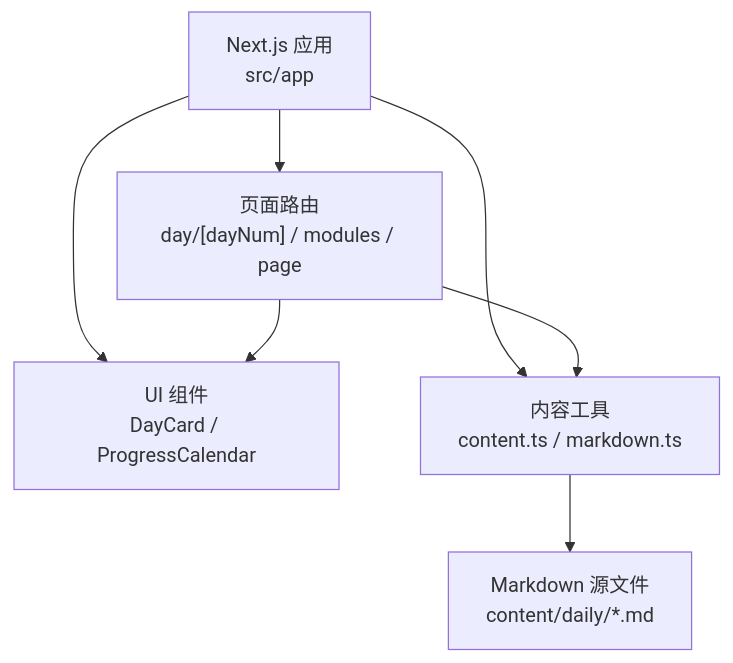
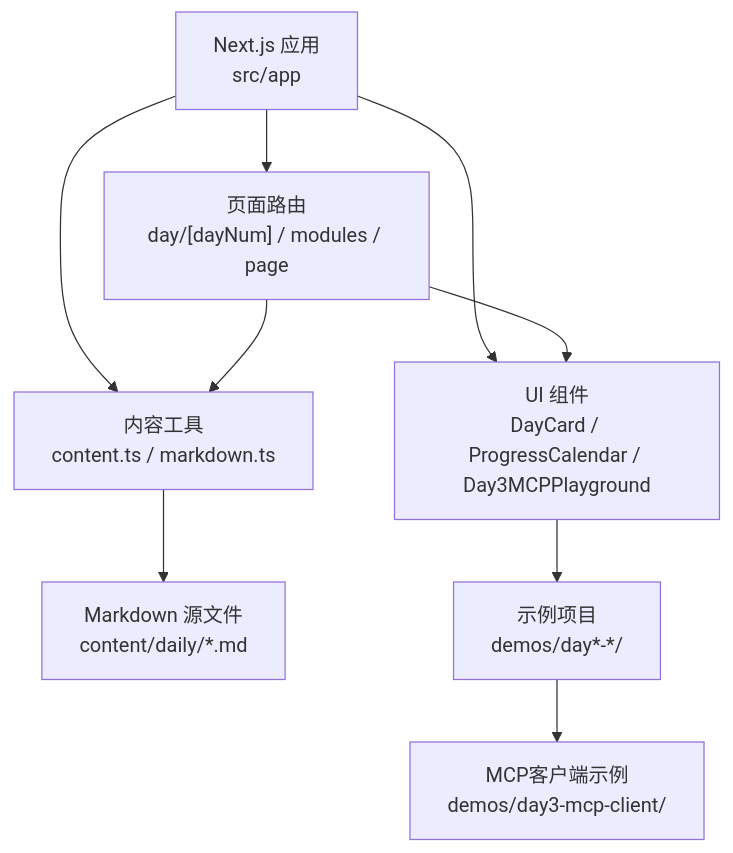
One commit to Leslie-Chuan/classic-example changed the first of 4 diagrams in .qoder/repowiki/zh/content/每日学习内容.md. Above: the diagram before and after it, drawn with Mermaid. The commit also changed other lines of this file and 45 other files, not shown here.

````diff
--- a/.qoder/repowiki/zh/content/每日学习内容.md
+++ b/.qoder/repowiki/zh/content/每日学习内容.md
@@ -40,9 +50,11 @@
 ```mermaid
 graph TB
 A["Next.js 应用<br/>src/app"] --> B["页面路由<br/>day/[dayNum] / modules / page"]
-A --> C["UI 组件<br/>DayCard / ProgressCalendar"]
+A --> C["UI 组件<br/>DayCard / ProgressCalendar / Day3MCPPlayground"]
 A --> D["内容工具<br/>content.ts / markdown.ts"]
 D --> E["Markdown 源文件<br/>content/daily/*.md"]
+C --> F["示例项目<br/>demos/day*-*/"]
 B --> C
 B --> D
+F --> G["MCP客户端示例<br/>demos/day3-mcp-client/"]
 ```
````
